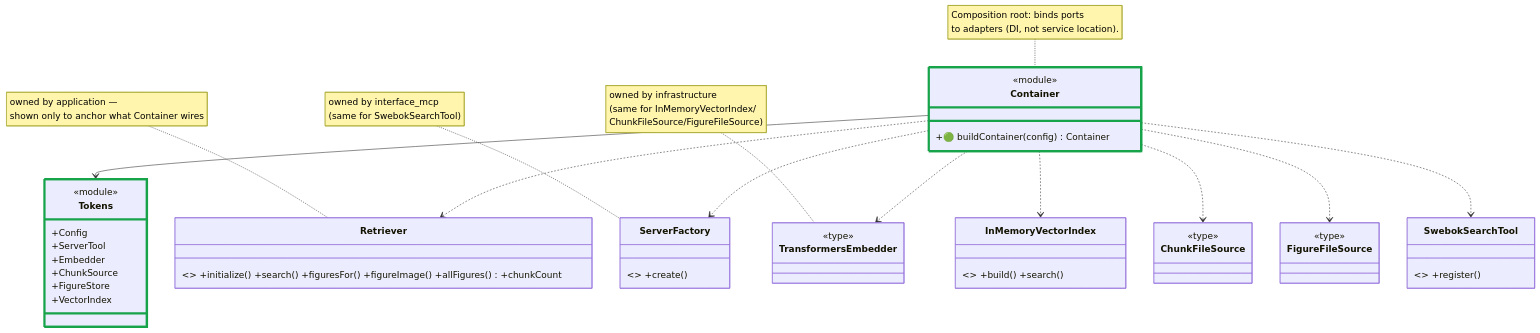
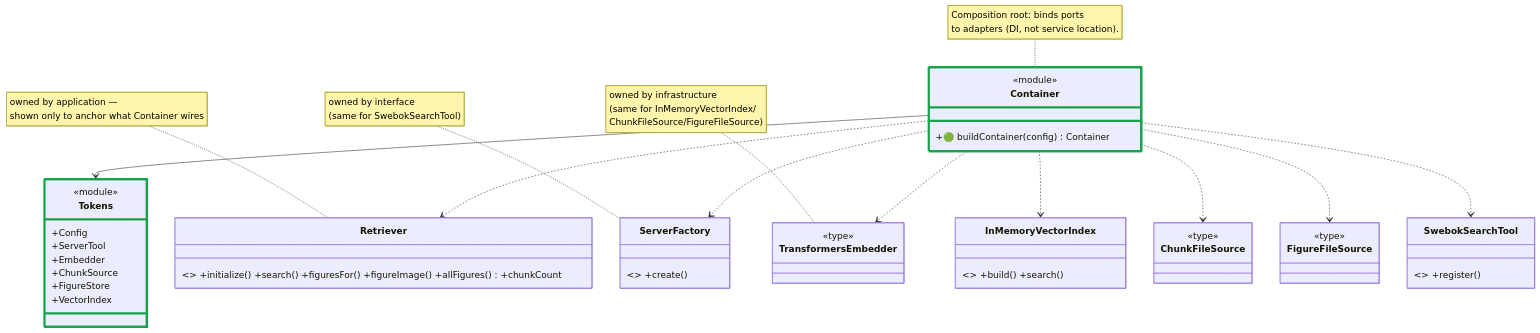
Before and after one commit to SzatanKluska/MCPSWEBOK: diagram 14 of 19 in docs/architecture/system-class-diagram.md, drawn with Mermaid. The commit also changed other lines of this file and 19 other files, not shown here.

````diff
--- a/docs/architecture/system-class-diagram.md
+++ b/docs/architecture/system-class-diagram.md
@@ -622,40 +622,40 @@
 ```mermaid
 classDiagram
   class Container {
     <<module>>
     +🟢 buildContainer(config) Container
   }
   class Tokens {
     <<module>>
     +Config
     +ServerTool
     +Embedder
     +ChunkSource
     +FigureStore
     +VectorIndex
   }
 
   class Retriever { <<type>> +initialize() +search() +figuresFor() +figureImage() +allFigures() +chunkCount }
   class ServerFactory { <<type>> +create() }
   class TransformersEmbedder { <<type>> }
   class InMemoryVectorIndex { <<type>> +build() +search() }
   class ChunkFileSource { <<type>> }
   class FigureFileSource { <<type>> }
   class SwebokSearchTool { <<type>> +register() }
 
   Container --> Tokens
   Container ..> Retriever
   Container ..> ServerFactory
   Container ..> TransformersEmbedder
   Container ..> InMemoryVectorIndex
   Container ..> ChunkFileSource
   Container ..> FigureFileSource
   Container ..> SwebokSearchTool
 
   note for Container "Composition root: binds ports<br/>to adapters (DI, not service location)."
   note for Retriever "owned by application —<br/>shown only to anchor what Container wires"
-  note for ServerFactory "owned by interface_mcp<br/>(same for SwebokSearchTool)"
+  note for ServerFactory "owned by interface<br/>(same for SwebokSearchTool)"
   note for TransformersEmbedder "owned by infrastructure<br/>(same for InMemoryVectorIndex/<br/>ChunkFileSource/FigureFileSource)"
   style Container stroke:#16A34A,stroke-width:4px
   style Tokens stroke:#16A34A,stroke-width:4px
 ```
````
